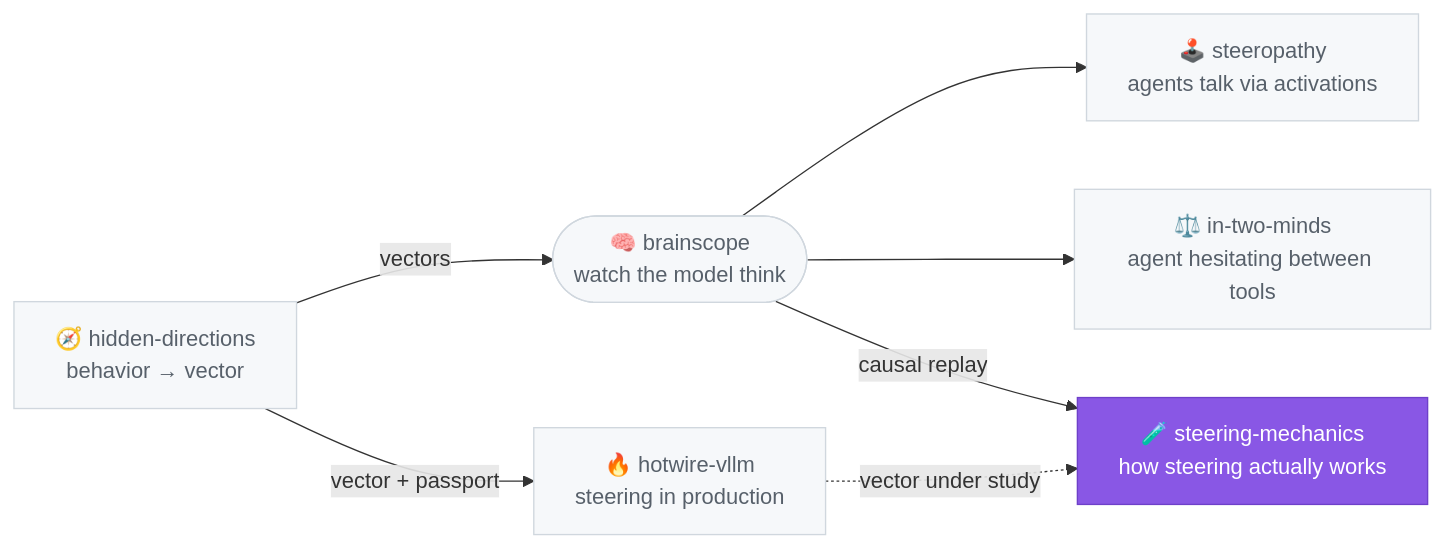
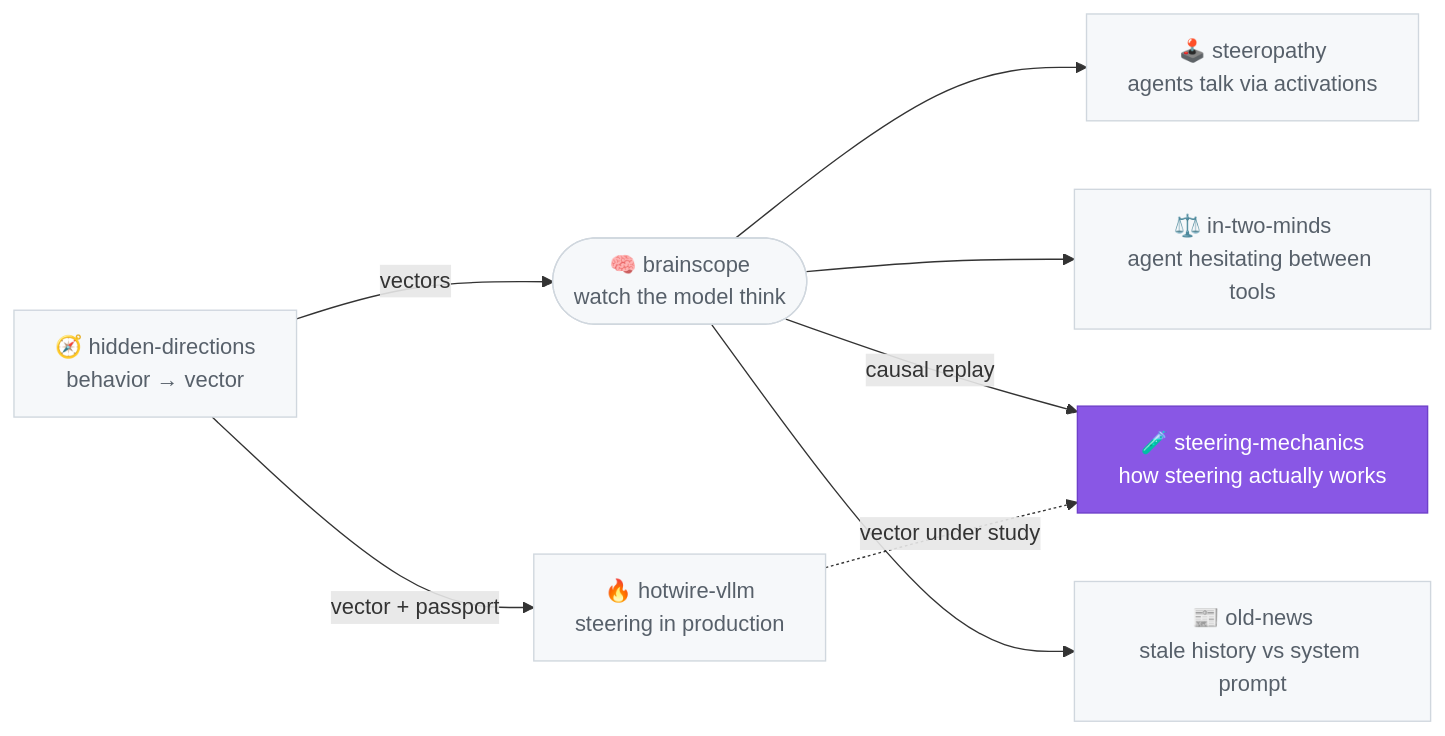
One commit to moudrkat/steering-mechanics changed the diagram in README.md. Above: the diagram before and after it, drawn with Mermaid.

Commit message:
Add old-news to the lab map

````diff
--- a/README.md
+++ b/README.md
@@ -278,28 +278,31 @@
 ```mermaid
 flowchart LR
     hd["🧭 hidden-directions<br/>behavior → vector"]
     bs(["🧠 brainscope<br/>watch the model think"])
     hw["🔥 hotwire-vllm<br/>steering in production"]
     st["🕹️ steeropathy<br/>agents talk via activations"]
     tm["⚖️ in-two-minds<br/>agent hesitating between tools"]
     sm["🧪 steering-mechanics<br/>how steering actually works"]
+    on["📰 old-news<br/>stale history vs system prompt"]
 
     hd -->|vectors| bs
     hd -->|vector + passport| hw
     bs --> st
     bs --> tm
     bs -->|causal replay| sm
+    bs --> on
     hw -.->|vector under study| sm
 
     click hd "https://github.com/moudrkat/hidden-directions"
     click bs "https://github.com/moudrkat/brainscope"
     click hw "https://github.com/moudrkat/hotwire-vllm"
     click st "https://github.com/moudrkat/steeropathy"
     click tm "https://github.com/moudrkat/in-two-minds"
     click sm "https://github.com/moudrkat/steering-mechanics"
+    click on "https://github.com/moudrkat/old-news"
 
     classDef dim fill:#f6f8fa,stroke:#d0d7de,color:#57606a;
     classDef here fill:#8957e5,stroke:#6e40c9,color:#ffffff;
-    class hd,bs,hw,st,tm,sm dim;
+    class hd,bs,hw,st,tm,sm,on dim;
     class sm here;
 ```
````
